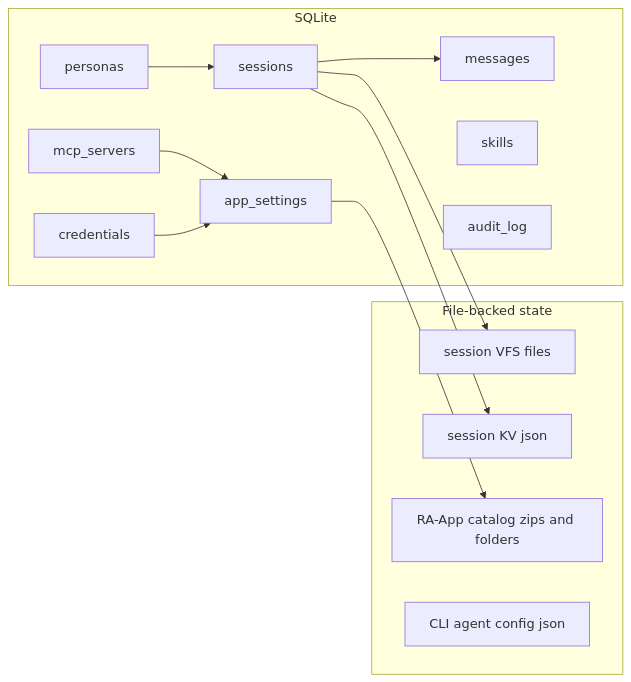
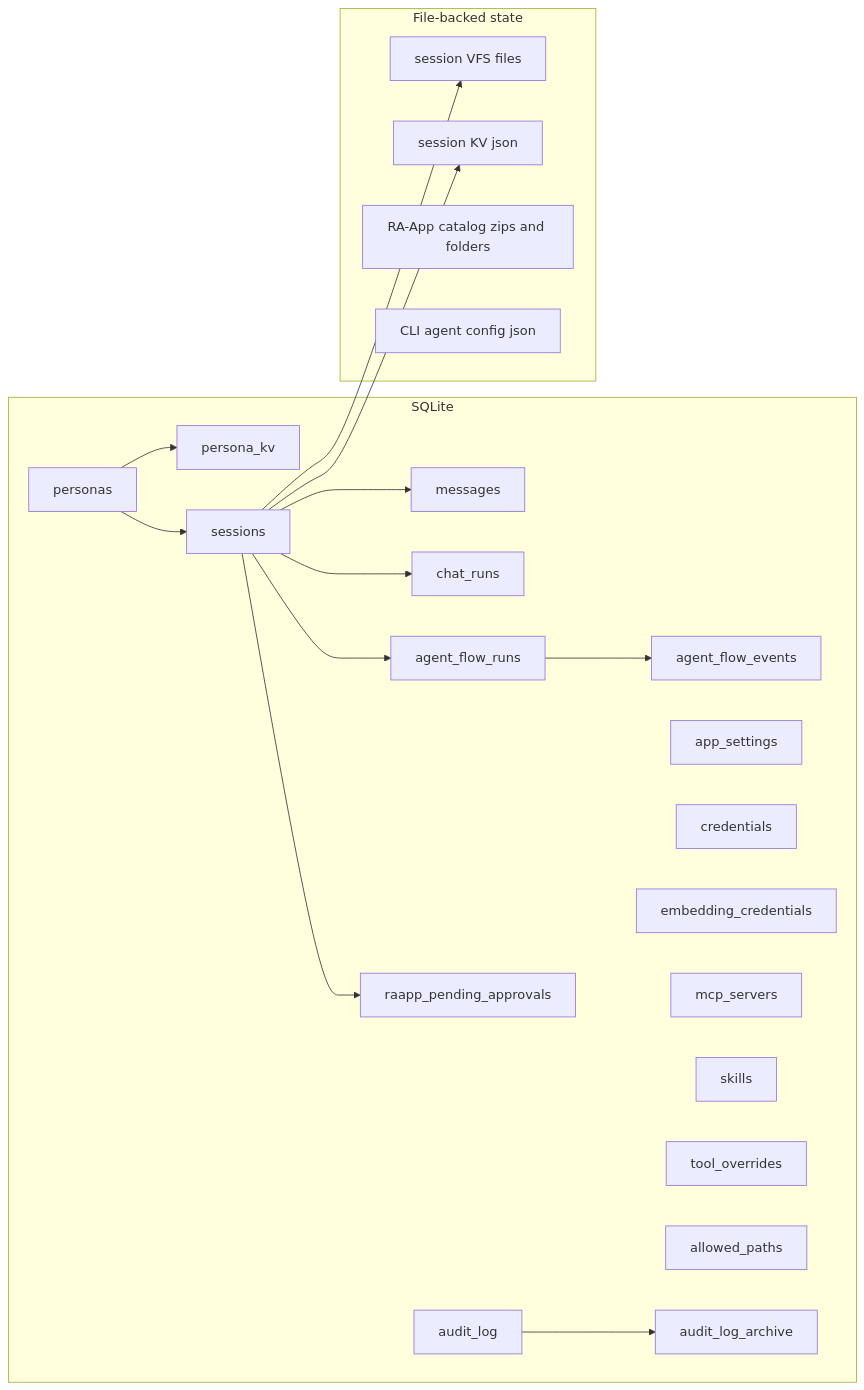
Before and after one commit to Radomiej/kalio-forever: the second of 2 diagrams in docs/application-architecture-current.md, drawn with Mermaid. The commit also changed other lines of this file and 55 other files, not shown here.

````diff
--- a/docs/application-architecture-current.md
+++ b/docs/application-architecture-current.md
@@ -251,28 +181,40 @@
 ```mermaid
 flowchart LR
     subgraph DB[SQLite]
+        Personas[personas]
+        PersonaKV[persona_kv]
         Sessions[sessions]
         Messages[messages]
-        Personas[personas]
+        ChatRuns[chat_runs]
+        AgentFlowRuns[agent_flow_runs]
+        AgentFlowEvents[agent_flow_events]
+        AppSettings[app_settings]
+        Credentials[credentials]
+        EmbeddingCredentials[embedding_credentials]
+        MCPServers[mcp_servers]
         Skills[skills]
-        MCPServers[mcp_servers]
-        Settings[app_settings]
-        Credentials[credentials]
+        ToolOverrides[tool_overrides]
+        AllowedPaths[allowed_paths]
+        RaappApprovals[raapp_pending_approvals]
         Audit[audit_log]
+        AuditArchive[audit_log_archive]
     end
 
     subgraph Files[File-backed state]
         SessionFiles[session VFS files]
         SessionKV[session KV json]
         RAAppCatalog[RA-App catalog zips and folders]
         CLIAgentConfig[CLI agent config json]
     end
 
+    Personas --> PersonaKV
     Personas --> Sessions
     Sessions --> Messages
+    Sessions --> ChatRuns
+    Sessions --> RaappApprovals
+    Sessions --> AgentFlowRuns
+    AgentFlowRuns --> AgentFlowEvents
+    Audit --> AuditArchive
     Sessions --> SessionFiles
     Sessions --> SessionKV
-    MCPServers --> Settings
-    Settings --> RAAppCatalog
-    Credentials --> Settings
 ```
````
